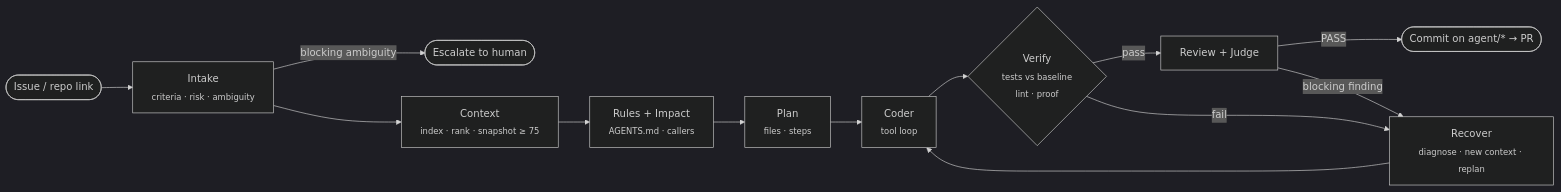
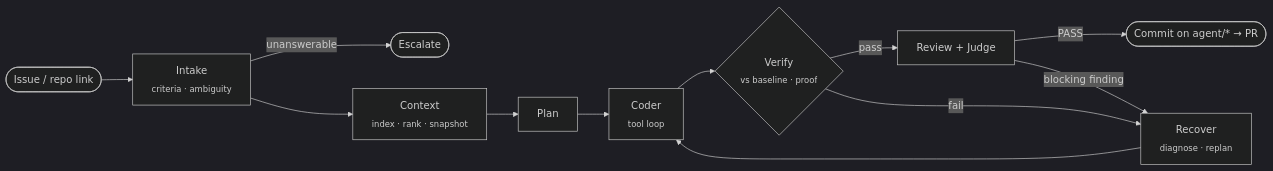
The diagram in README.md (SayAn1-dls/Harness_ai), drawn with Mermaid (dark theme) before and after one commit. The commit also changed other lines of this file and 59 other files, not shown here.

````diff
--- a/README.md
+++ b/README.md
@@ -88,15 +48,14 @@
 ```mermaid
 flowchart LR
-    A([Issue / repo link]) --> B[Intake<br/><sub>criteria · risk · ambiguity</sub>]
-    B -->|blocking ambiguity| X([Escalate to human])
-    B --> C[Context<br/><sub>index · rank · snapshot ≥ 75</sub>]
-    C --> D[Rules + Impact<br/><sub>AGENTS.md · callers</sub>]
-    D --> E[Plan<br/><sub>files · steps</sub>]
+    A([Issue / repo link]) --> B[Intake<br/><sub>criteria · ambiguity</sub>]
+    B -->|unanswerable| X([Escalate])
+    B --> C[Context<br/><sub>index · rank · snapshot</sub>]
+    C --> E[Plan]
     E --> F[Coder<br/><sub>tool loop</sub>]
-    F --> G{Verify<br/><sub>tests vs baseline<br/>lint · proof</sub>}
+    F --> G{Verify<br/><sub>vs baseline · proof</sub>}
     G -->|pass| H[Review + Judge]
     H -->|PASS| I([Commit on agent/* → PR])
-    G -->|fail| R[Recover<br/><sub>diagnose · new context · replan</sub>]
+    G -->|fail| R[Recover<br/><sub>diagnose · replan</sub>]
     H -->|blocking finding| R
     R --> F
 ```
````
